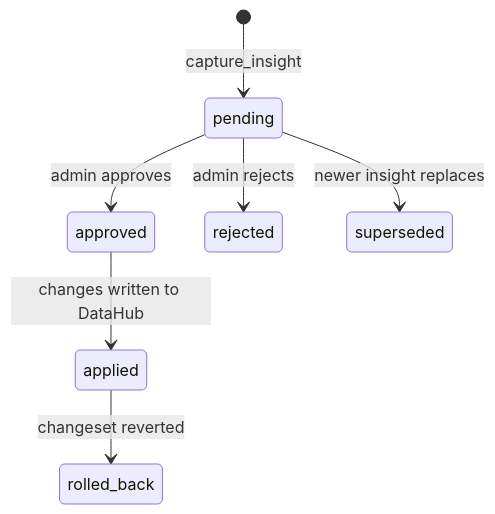
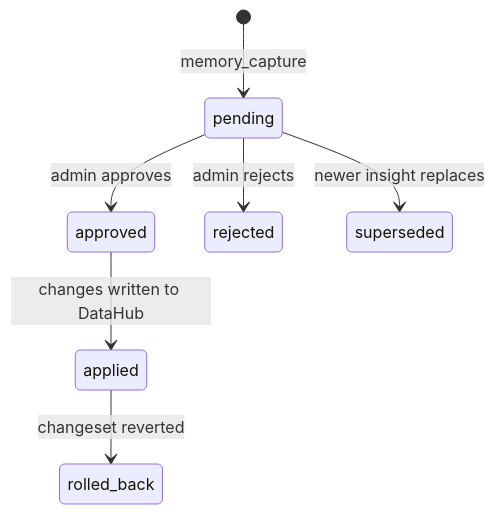
Before and after one commit to txn2/mcp-data-platform: the second of 3 diagrams in docs/knowledge/overview.md, drawn with Mermaid. The commit also changed other lines of this file and 48 other files, not shown here.

````diff
--- a/docs/knowledge/overview.md
+++ b/docs/knowledge/overview.md
@@ -67,9 +67,9 @@
 ```mermaid
 stateDiagram-v2
-    [*] --> pending: capture_insight
+    [*] --> pending: memory_capture
     pending --> approved: admin approves
     pending --> rejected: admin rejects
     pending --> superseded: newer insight replaces
     approved --> applied: changes written to DataHub
     applied --> rolled_back: changeset reverted
 ```
````
